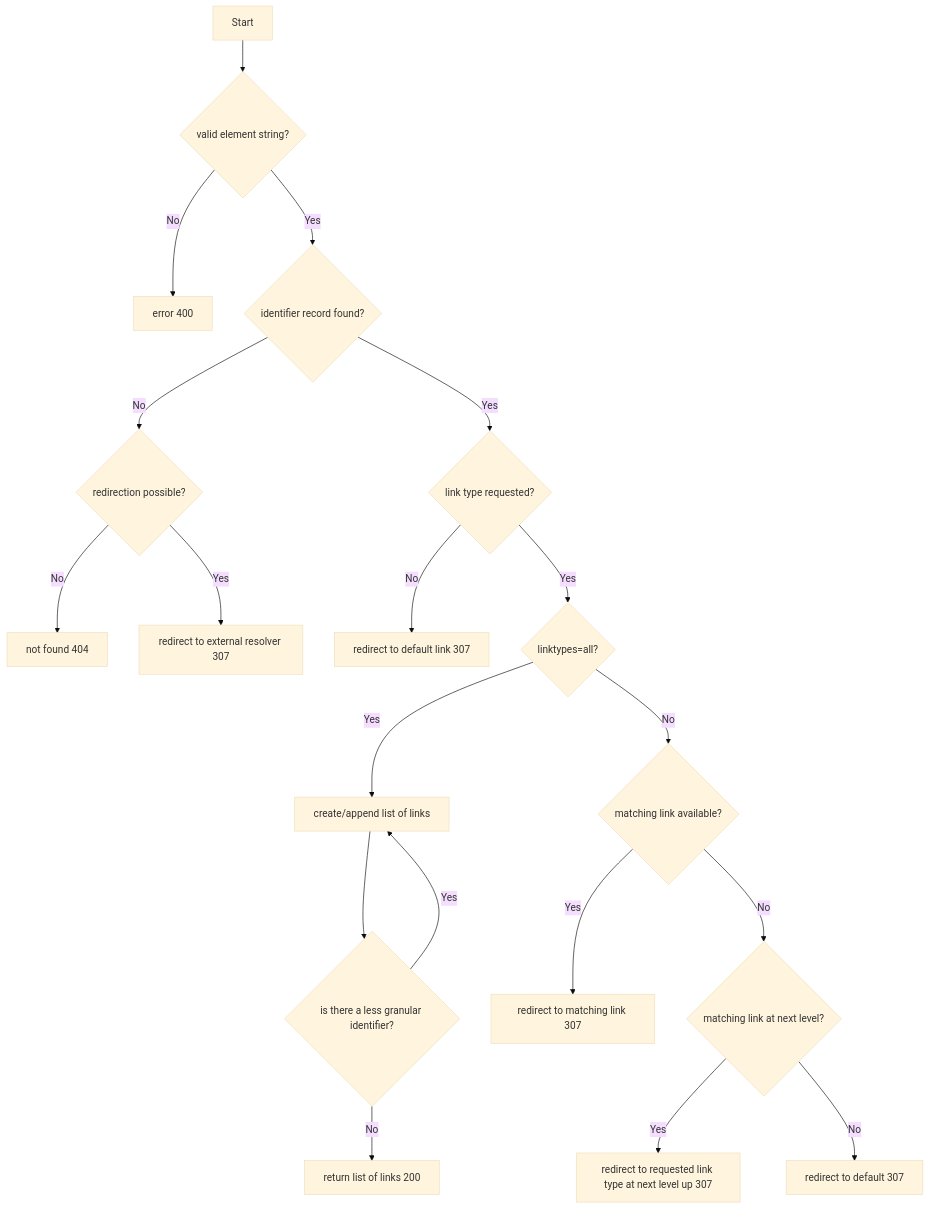
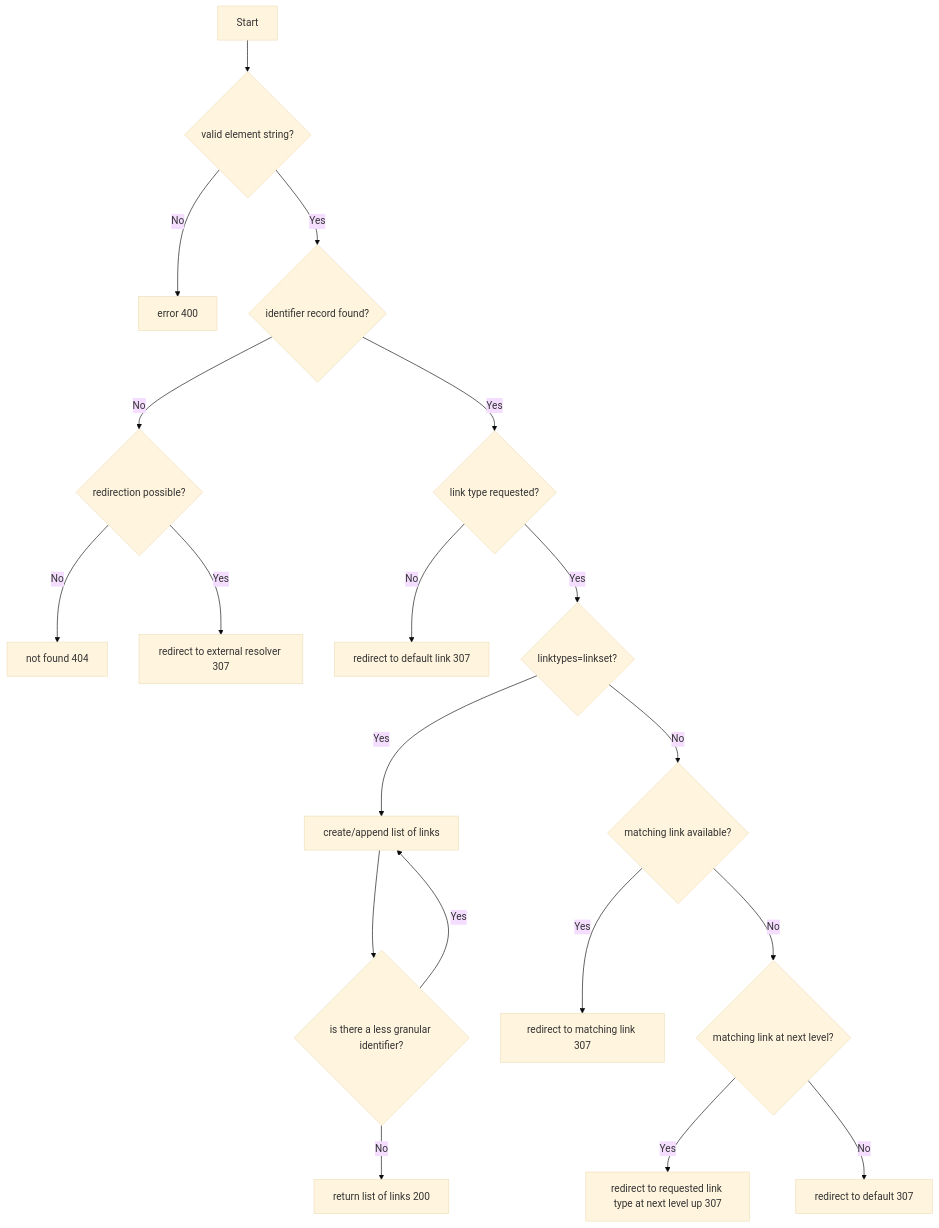
Before and after one commit to uncefact/spec-untp: the diagram in website/docs/specification/IdentityResolver.md, drawn with Mermaid (base theme). The commit also changed other lines of this file, not shown here.

````diff
--- a/website/docs/specification/IdentityResolver.md
+++ b/website/docs/specification/IdentityResolver.md
@@ -546,21 +546,21 @@
 ```mermaid
 flowchart
     A[Start] --> B{valid element string?}
     B -- No --> C[error 400]
     B -- Yes --> D{identifier record found?}
     D -- No --> E{redirection possible?}
     D -- Yes --> F{link type requested?}
     E -- No --> G[not found 404]
     E -- Yes --> H[redirect to external resolver 307]
     F -- No --> I[redirect to default link 307]
-    F -- Yes --> K{linktypes=all?}
+    F -- Yes --> K{linktypes=linkset?}
     K -- Yes --> L[create/append list of links]
     L --> J{is there a less granular identifier?}
     J -- Yes --> L
     J -- No --> X[return list of links 200]
     K -- No --> M{matching link available?}
     M -- Yes --> N[redirect to matching link 307]
     M -- No --> O{matching link at next level?}
     O -- Yes --> P[redirect to requested link type at next level up 307]
     O -- No --> Q[redirect to default 307]
 ```
````
